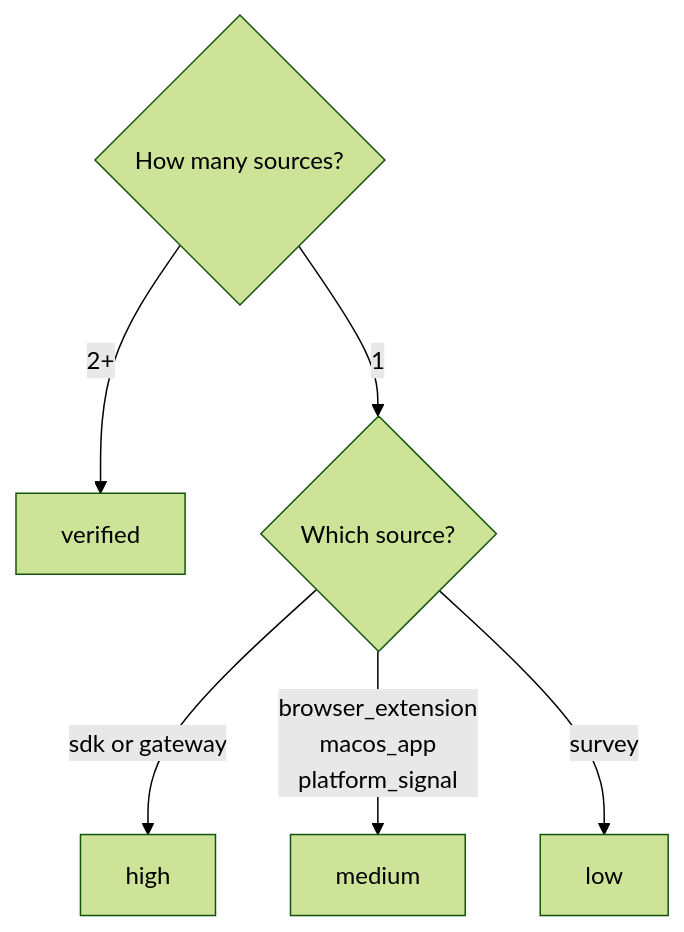
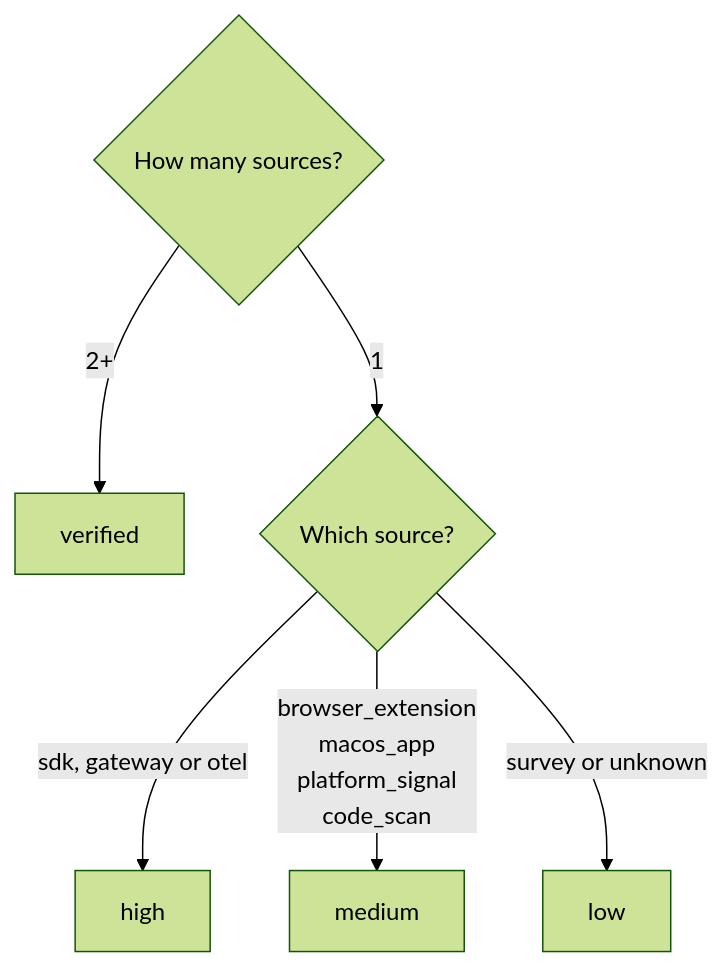
One commit to Prompt-Shields/prompt-shields-sdk changed the diagram in docs/guides/confidence-scoring.mdx. Above: the diagram before and after it, drawn with Mermaid (forest theme). The commit also changed other lines of this file and 9 other files, not shown here.

First line of the commit message:
ps-scan: GitHub Action, --exclude/--fail-on, code_scan and otel confidence (#95, #92)

````diff
--- a/docs/guides/confidence-scoring.mdx
+++ b/docs/guides/confidence-scoring.mdx
@@ -21,8 +21,8 @@
 ```mermaid
 graph TD
     A{How many sources?} -->|2+| B[verified]
     A -->|1| C{Which source?}
-    C -->|sdk or gateway| D[high]
-    C -->|browser_extension<br>macos_app<br>platform_signal| E[medium]
-    C -->|survey| F[low]
+    C -->|sdk, gateway or otel| D[high]
+    C -->|browser_extension<br>macos_app<br>platform_signal<br>code_scan| E[medium]
+    C -->|survey or unknown| F[low]
 ```
````
